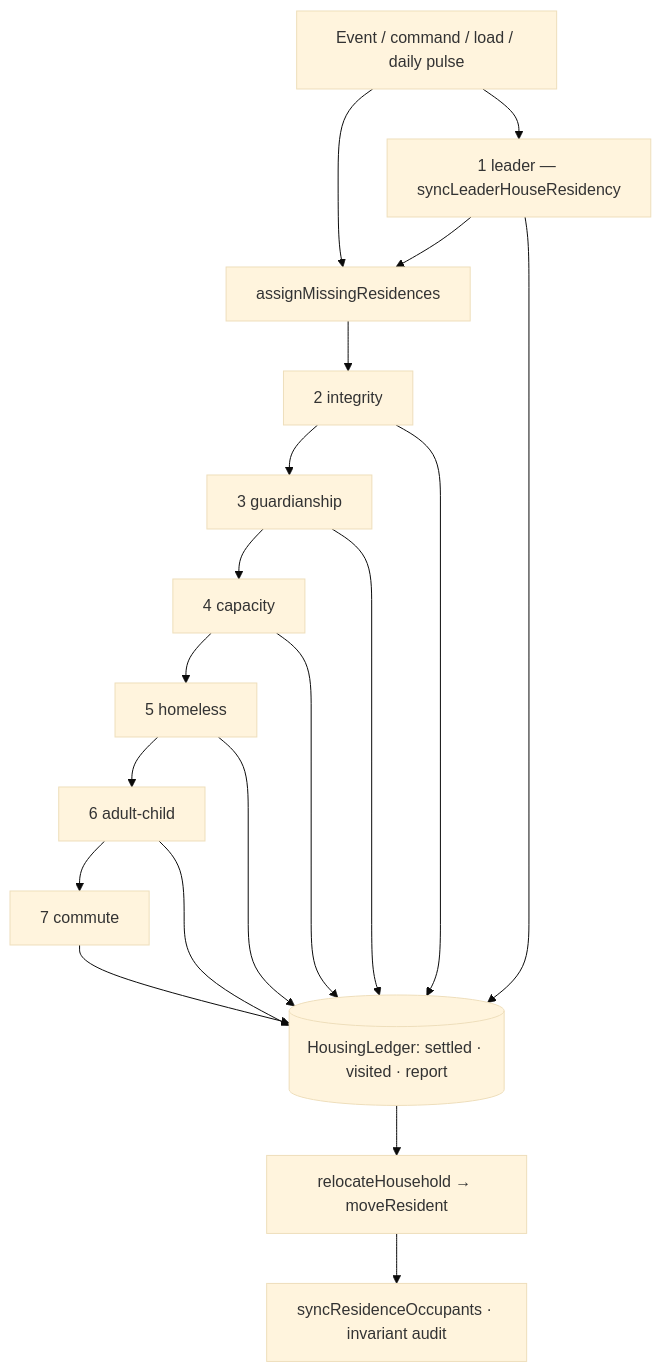
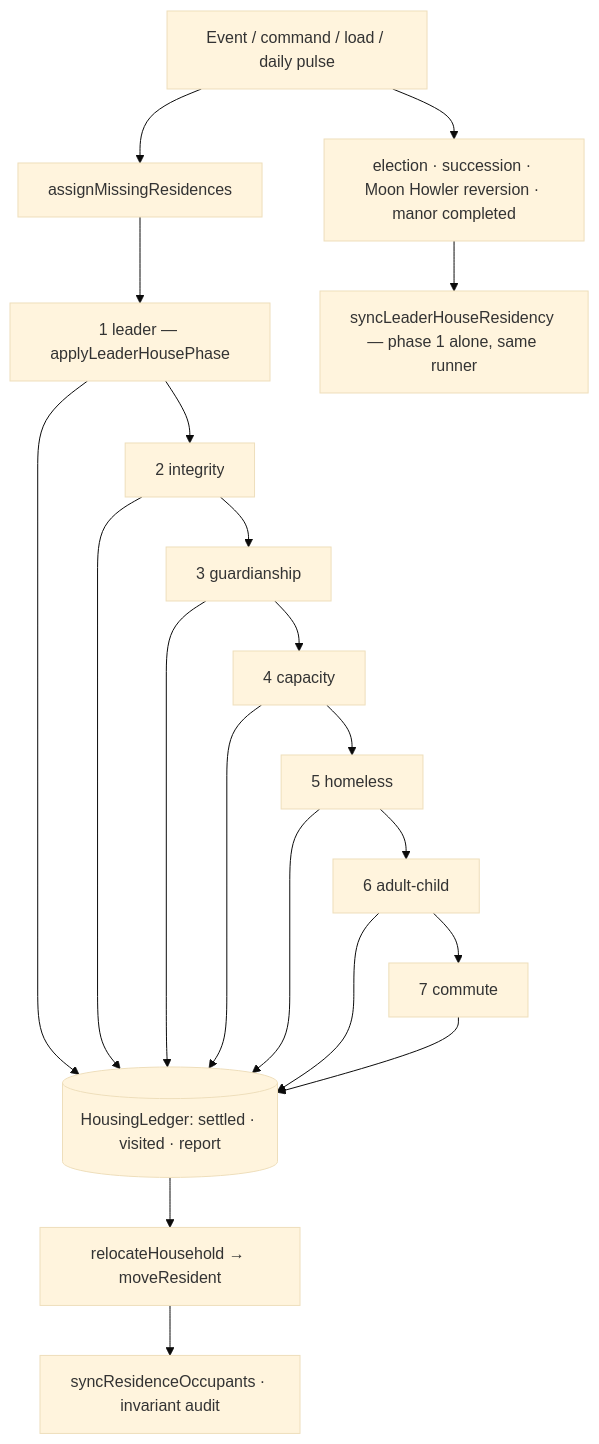
Before and after one commit to Rengerams/wilderfolk: the diagram in docs/HOUSING_ARCHITECTURE.md, drawn with Mermaid (base theme). The commit also changed other lines of this file and 5 other files, not shown here.

````diff
--- a/docs/HOUSING_ARCHITECTURE.md
+++ b/docs/HOUSING_ARCHITECTURE.md
@@ -36,15 +38,16 @@
 ```mermaid
 flowchart TD
   E[Event / command / load / daily pulse] --> S[assignMissingResidences]
-  E --> P0[1 leader — syncLeaderHouseResidency]
-  P0 --> S
-  S --> P1[2 integrity]
+  S --> P0[1 leader — applyLeaderHousePhase]
+  P0 --> P1[2 integrity]
   P1 --> P2[3 guardianship]
   P2 --> P3[4 capacity]
   P3 --> P4[5 homeless]
   P4 --> P5[6 adult-child]
   P5 --> P6[7 commute]
   P0 & P1 & P2 & P3 & P4 & P5 & P6 --> L[(HousingLedger: settled · visited · report)]
   L --> W[relocateHousehold → moveResident]
   W --> R[syncResidenceOccupants · invariant audit]
+  E --> X[election · succession · Moon Howler reversion · manor completed]
+  X --> Y[syncLeaderHouseResidency — phase 1 alone, same runner]
 ```
````
